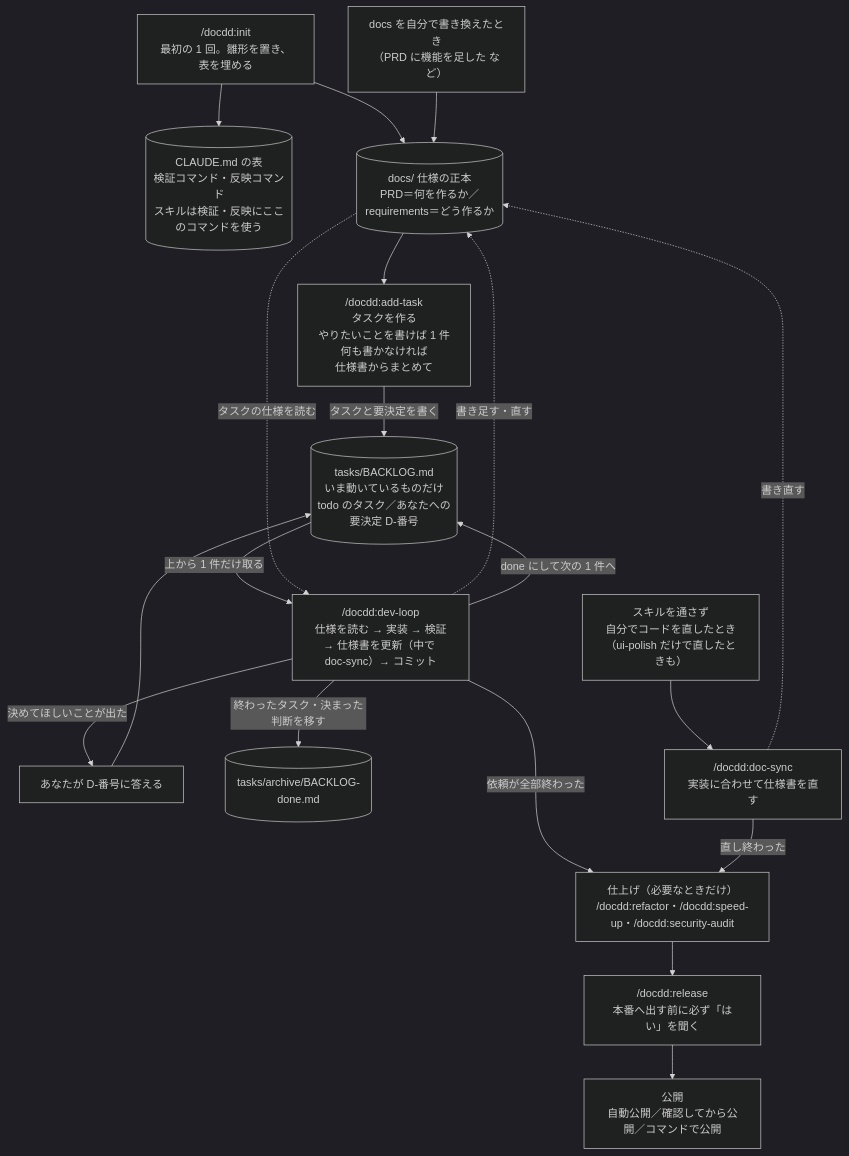
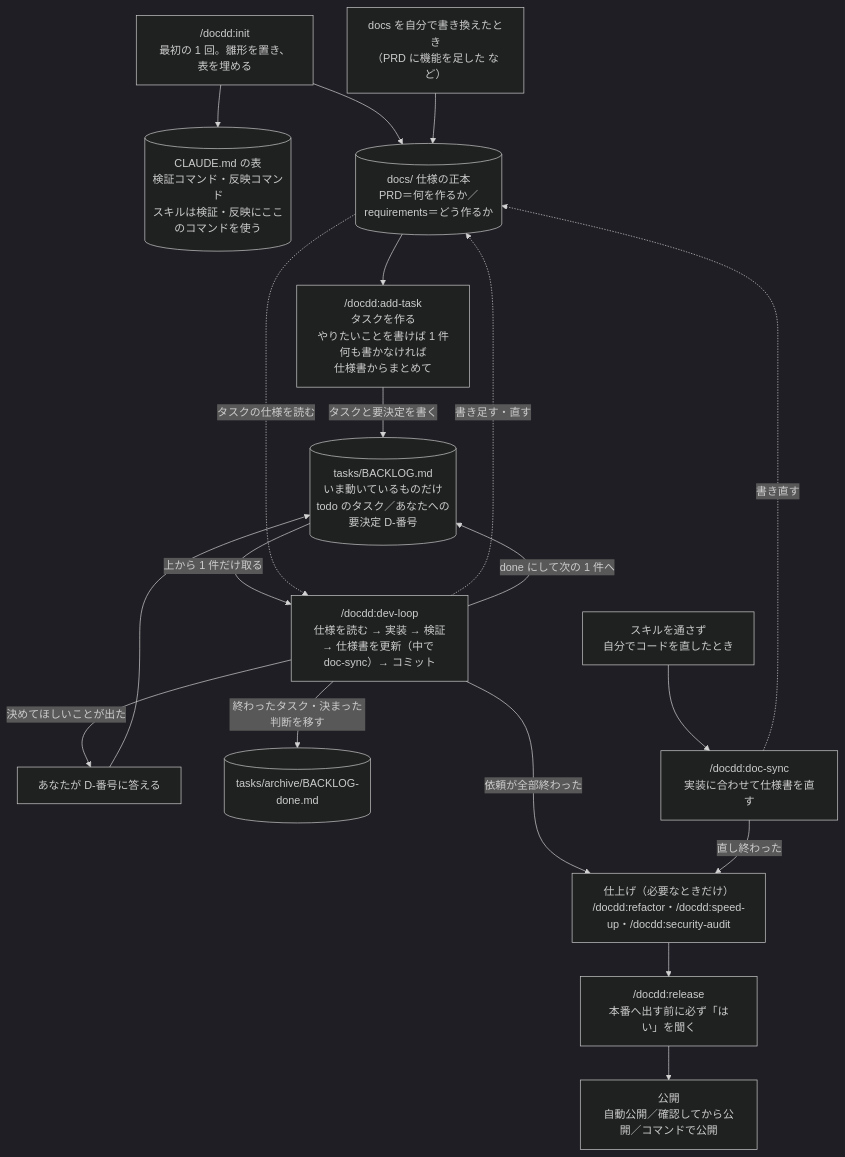
One commit to no1013kota/claude-docdd-dev-kit changed the diagram in README.md. Above: the diagram before and after it, drawn with Mermaid (dark theme). The commit also changed other lines of this file and 13 other files, not shown here.

First line of the commit message:
fix: ui-polish も doc-sync を呼び、ルートの README の全体像の箇条書きを絞る（v0.13.2）

````diff
--- a/README.md
+++ b/README.md
@@ -12,22 +12,22 @@
 ```mermaid
 flowchart TD
   I["/docdd:init<br/>最初の 1 回。雛形を置き、表を埋める"] --> C[("CLAUDE.md の表<br/>検証コマンド・反映コマンド<br/>スキルは検証・反映にここのコマンドを使う")]
   I --> S
   Y["docs を自分で書き換えたとき<br/>（PRD に機能を足した など）"] --> S
   S[("docs/ 仕様の正本<br/>PRD＝何を作るか／requirements＝どう作るか")] --> A["/docdd:add-task<br/>タスクを作る<br/>やりたいことを書けば 1 件<br/>何も書かなければ<br/>仕様書からまとめて"]
   A -->|タスクと要決定を書く| B[("tasks/BACKLOG.md<br/>いま動いているものだけ<br/>todo のタスク／あなたへの要決定 D-番号")]
   B -->|上から 1 件だけ取る| D["/docdd:dev-loop<br/>仕様を読む → 実装 → 検証<br/>→ 仕様書を更新（中で doc-sync）→ コミット"]
   S -.->|タスクの仕様を読む| D
   D -.->|書き足す・直す| S
   D -->|決めてほしいことが出た| Q["あなたが D-番号に答える"]
   Q --> B
   D -->|done にして次の 1 件へ| B
   D -->|終わったタスク・決まった判断を移す| AR[("tasks/archive/BACKLOG-done.md")]
   B ~~~ X
-  X["スキルを通さず<br/>自分でコードを直したとき<br/>（ui-polish だけで直したときも）"] --> DS["/docdd:doc-sync<br/>実装に合わせて仕様書を直す"]
+  X["スキルを通さず<br/>自分でコードを直したとき"] --> DS["/docdd:doc-sync<br/>実装に合わせて仕様書を直す"]
   DS -.->|書き直す| S
   D -->|依頼が全部終わった| F["仕上げ（必要なときだけ）<br/>/docdd:refactor・/docdd:speed-up・/docdd:security-audit"]
   DS -->|直し終わった| F
   F --> R["/docdd:release<br/>本番へ出す前に必ず「はい」を聞く"]
   R --> L["公開<br/>自動公開／確認してから公開／コマンドで公開"]
 ```
````
